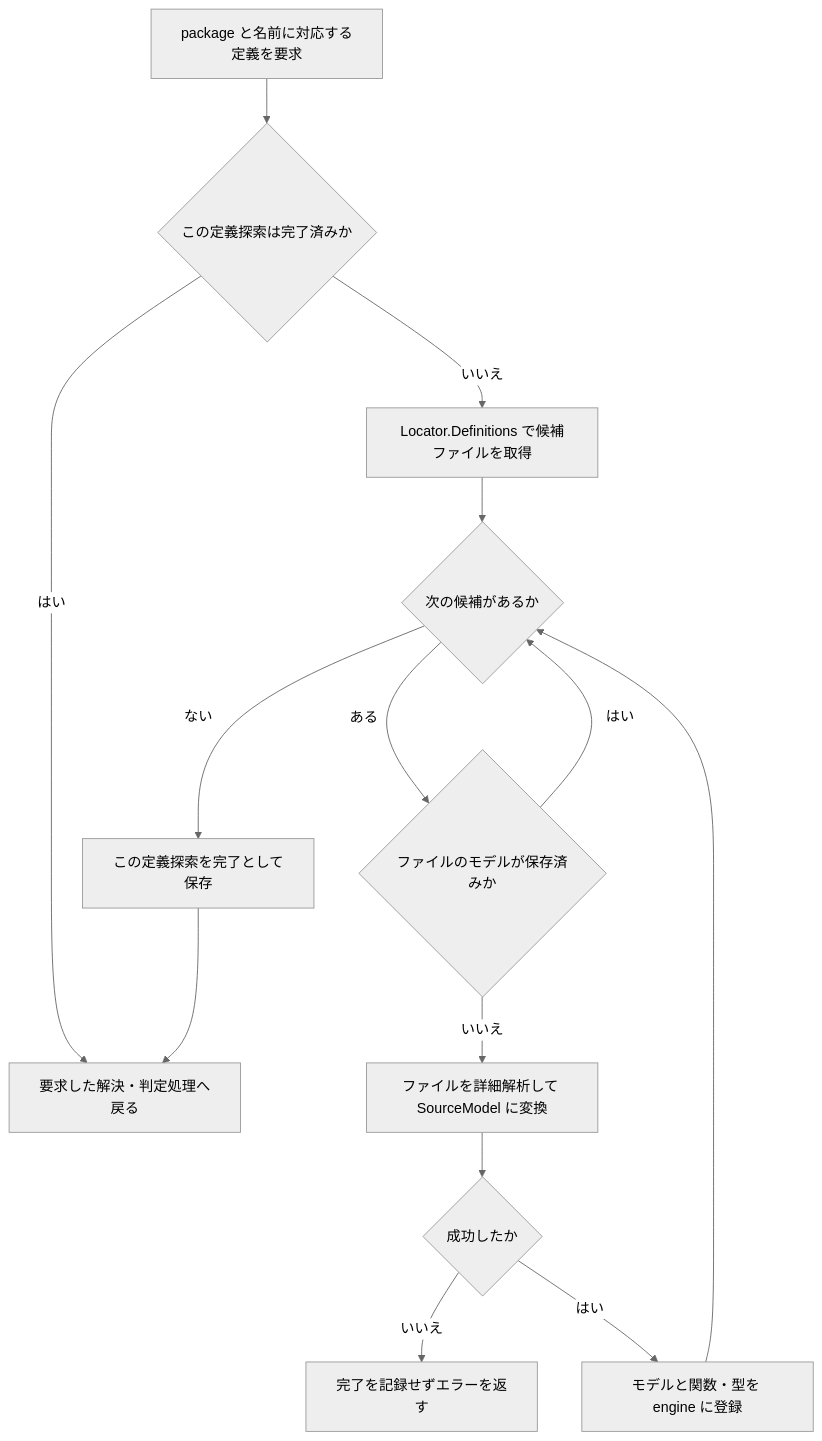
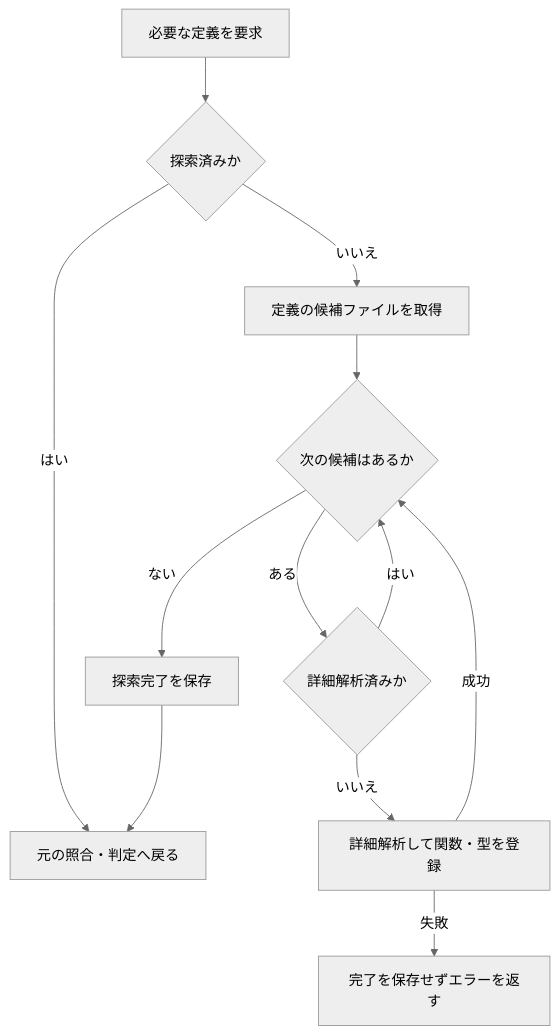
The third of 3 diagrams in docs/how-it-works.md (meian/rev-callgraph), drawn with Mermaid (neutral theme) before and after one commit. The commit also changed other lines of this file and 2 other files, not shown here.

````diff
--- a/docs/how-it-works.md
+++ b/docs/how-it-works.md
@@ -121,16 +108,14 @@
 ```mermaid
 flowchart TD
-    Need[package と名前に対応する定義を要求] --> Done{この定義探索は完了済みか}
-    Done -->|はい| Back[要求した解決・判定処理へ戻る]
-    Done -->|いいえ| Locate[Locator.Definitions で候補ファイルを取得]
-    Locate --> Next{次の候補があるか}
-    Next -->|ない| Record[この定義探索を完了として保存]
-    Record --> Back
-    Next -->|ある| Cached{ファイルのモデルが保存済みか}
+    Need[必要な定義を要求] --> Done{探索済みか}
+    Done -->|はい| Back[元の照合・判定へ戻る]
+    Done -->|いいえ| Locate[定義の候補ファイルを取得]
+    Locate --> Next{次の候補はあるか}
+    Next -->|ない| Save[探索完了を保存]
+    Save --> Back
+    Next -->|ある| Cached{詳細解析済みか}
     Cached -->|はい| Next
-    Cached -->|いいえ| Parse[ファイルを詳細解析して SourceModel に変換]
-    Parse --> Success{成功したか}
-    Success -->|いいえ| Fail[完了を記録せずエラーを返す]
-    Success -->|はい| Store[モデルと関数・型を engine に登録]
-    Store --> Next
+    Cached -->|いいえ| Parse[詳細解析して関数・型を登録]
+    Parse -->|成功| Next
+    Parse -->|失敗| Error[完了を保存せずエラーを返す]
 ```
````
